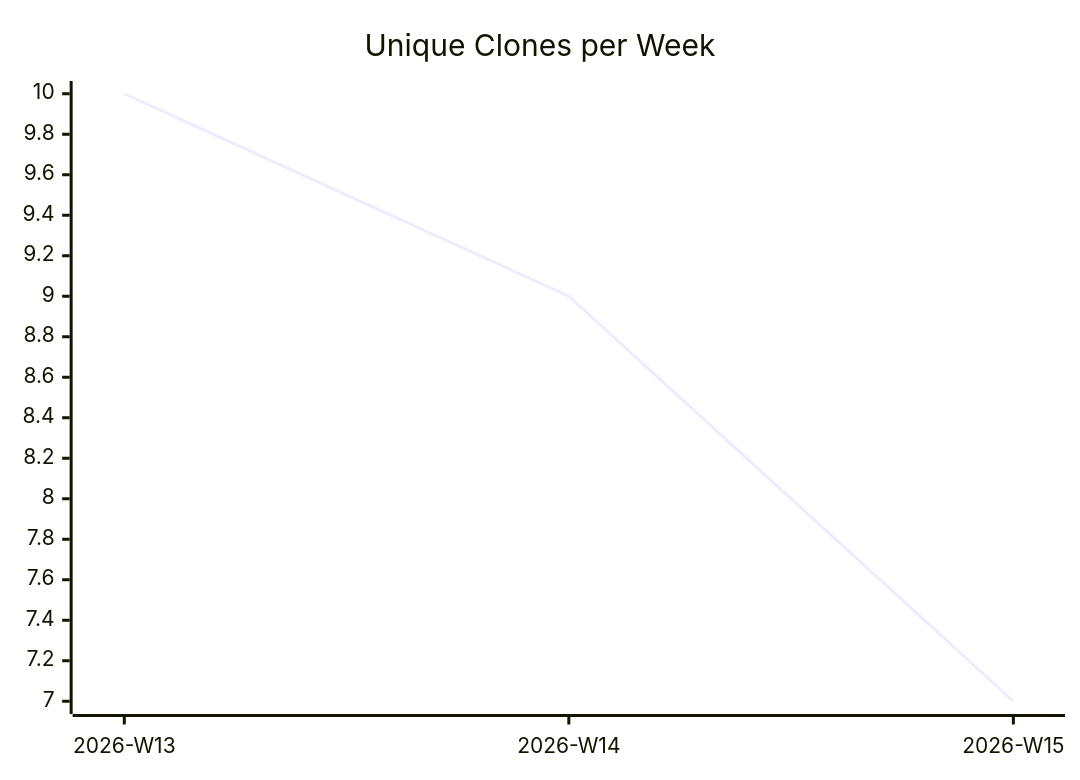
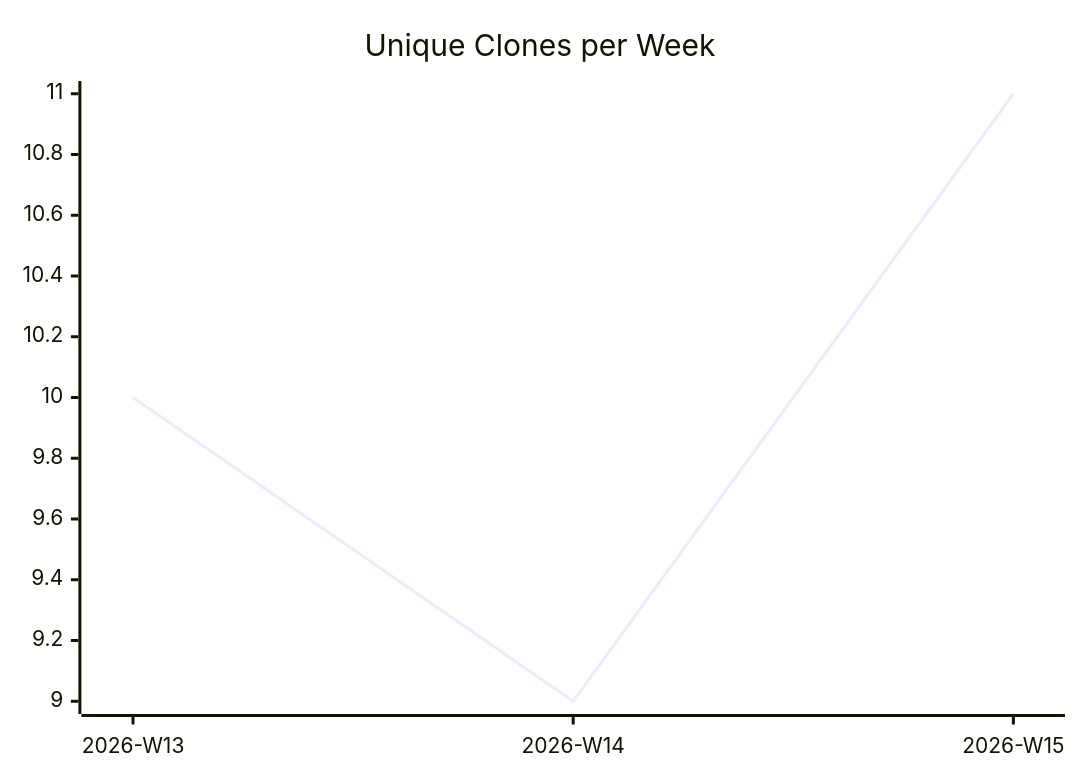
The third of 3 diagrams in karlmdavis/usgs-water-api-java/README.md (justdavis-family/github-analytics-data), drawn with Mermaid before and after one commit. The commit also changed other lines of this file and 192 other files, not shown here.

````diff
--- a/karlmdavis/usgs-water-api-java/README.md
+++ b/karlmdavis/usgs-water-api-java/README.md
@@ -19,6 +19,6 @@
 ```mermaid
 xychart-beta
   title "Unique Clones per Week"
   x-axis ["2026-W13", "2026-W14", "2026-W15"]
-  line [10, 9, 7]
+  line [10, 9, 11]
 ```
````
